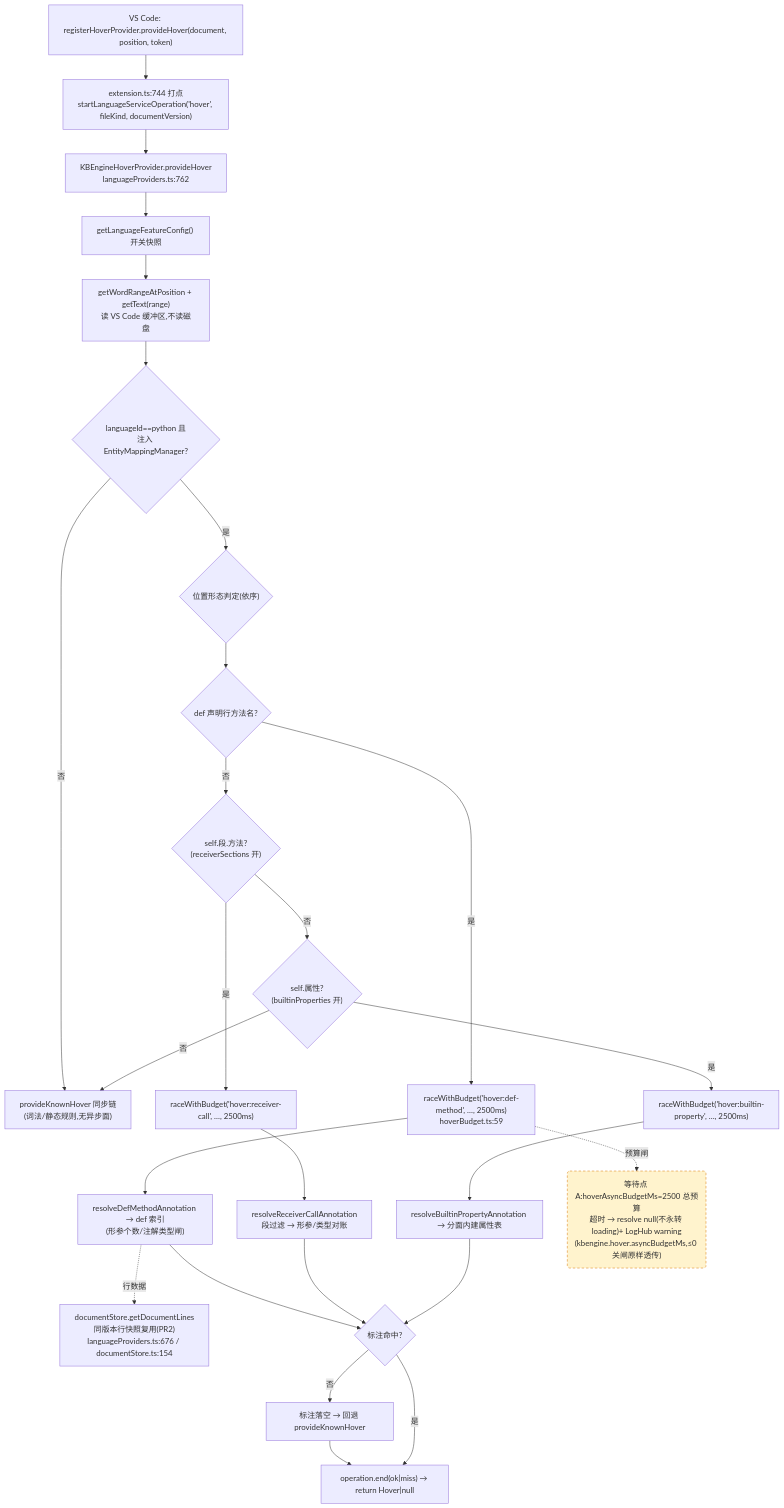
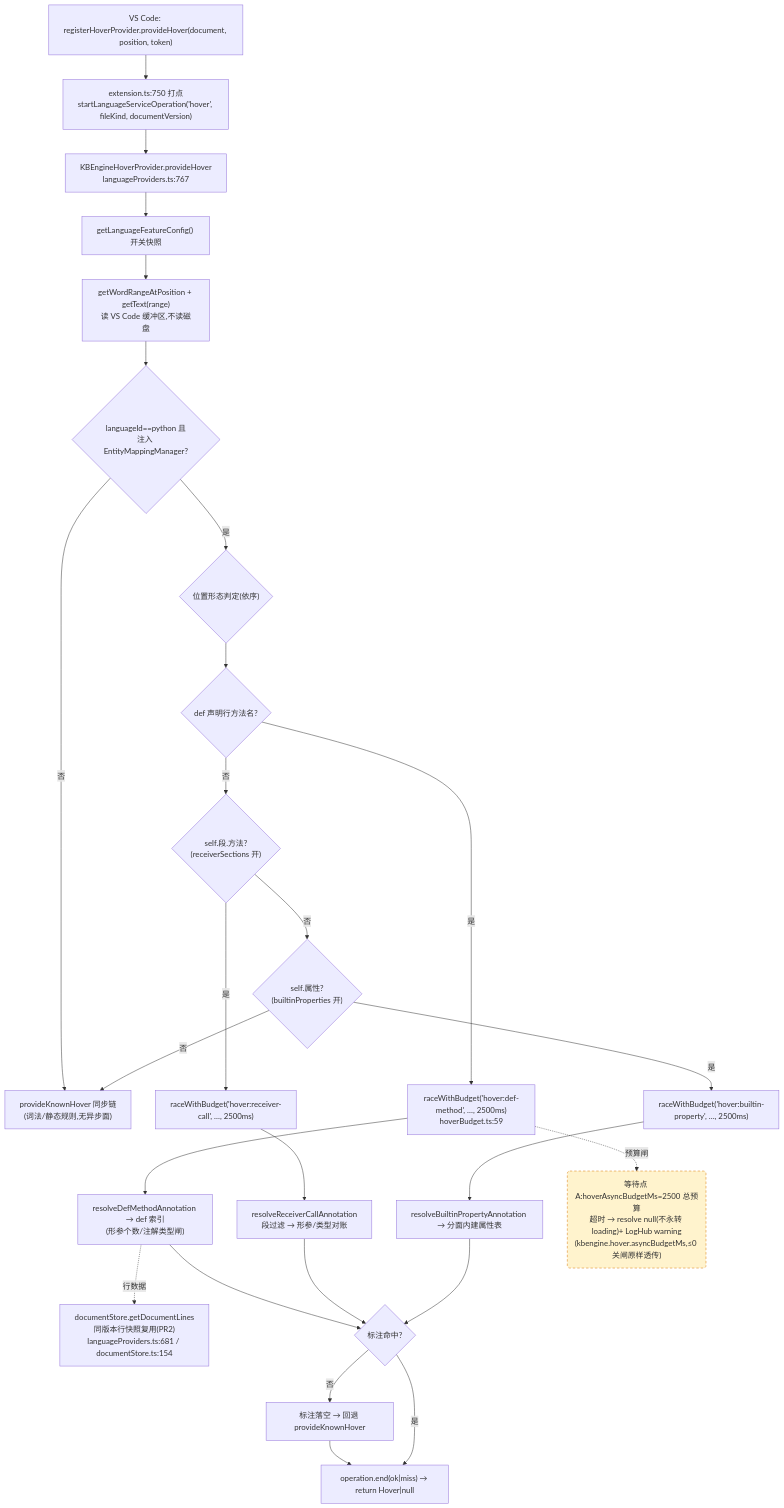
One commit to cuihairu/kode changed the first of 4 diagrams in docs/perf/2026-baseline.md. Above: the diagram before and after it, drawn with Mermaid. The commit also changed other lines of this file and 12 other files, not shown here.

````diff
--- a/docs/perf/2026-baseline.md
+++ b/docs/perf/2026-baseline.md
@@ -82,45 +82,45 @@
 ```mermaid
 flowchart TD
   VC1["VS Code: registerHoverProvider.provideHover(document, position, token)"]
-  M1["extension.ts:744 打点<br/>startLanguageServiceOperation('hover', fileKind, documentVersion)"]
-  HP["KBEngineHoverProvider.provideHover<br/>languageProviders.ts:762"]
+  M1["extension.ts:750 打点<br/>startLanguageServiceOperation('hover', fileKind, documentVersion)"]
+  HP["KBEngineHoverProvider.provideHover<br/>languageProviders.ts:767"]
   CFG["getLanguageFeatureConfig() 开关快照"]
   WORD["getWordRangeAtPosition + getText(range)<br/>读 VS Code 缓冲区,不读磁盘"]
   BR{"languageId==python 且<br/>注入 EntityMappingManager?"}
   KN["provideKnownHover 同步链<br/>(词法/静态规则,无异步面)"]
   POS{"位置形态判定(依序)"}
   D1{"def 声明行方法名?"}
   D2{"self.段.方法?<br/>(receiverSections 开)"}
   D3{"self.属性?<br/>(builtinProperties 开)"}
   RA1["raceWithBudget('hover:def-method', …, 2500ms)<br/>hoverBudget.ts:59"]
   RA2["raceWithBudget('hover:receiver-call', …, 2500ms)"]
   RA3["raceWithBudget('hover:builtin-property', …, 2500ms)"]
   RS1["resolveDefMethodAnnotation → def 索引<br/>(形参个数/注解类型闸)"]
   RS2["resolveReceiverCallAnnotation<br/>段过滤 → 形参/类型对账"]
   RS3["resolveBuiltinPropertyAnnotation → 分面内建属性表"]
-  LINES["documentStore.getDocumentLines<br/>同版本行快照复用(PR2)<br/>languageProviders.ts:676 / documentStore.ts:154"]
+  LINES["documentStore.getDocumentLines<br/>同版本行快照复用(PR2)<br/>languageProviders.ts:681 / documentStore.ts:154"]
   MISS["标注落空 → 回退 provideKnownHover"]
   END1["operation.end(ok|miss) → return Hover|null"]
 
   VC1 --> M1 --> HP --> CFG --> WORD --> BR
   BR -- "否" --> KN
   BR -- "是" --> POS --> D1
   D1 -- "是" --> RA1 --> RS1
   D1 -- "否" --> D2
   D2 -- "是" --> RA2 --> RS2
   D2 -- "否" --> D3
   D3 -- "是" --> RA3 --> RS3
   D3 -- "否" --> KN
   RS1 --> HIT{"标注命中?"}
   RS2 --> HIT
   RS3 --> HIT
   RS1 -.->|行数据| LINES
   HIT -- "否" --> MISS --> END1
   HIT -- "是" --> END1
 
   WAITA("等待点 A:hoverAsyncBudgetMs=2500 总预算<br/>超时 → resolve null(不永转 loading)+ LogHub warning<br/>(kbengine.hover.asyncBudgetMs,≤0 关闸原样透传)")
   RA1 -.->|预算闸| WAITA
 
   classDef waitPoint fill:#fff3cd,stroke:#d97706,stroke-dasharray:5 4;
   class WAITA waitPoint;
 ```
````
